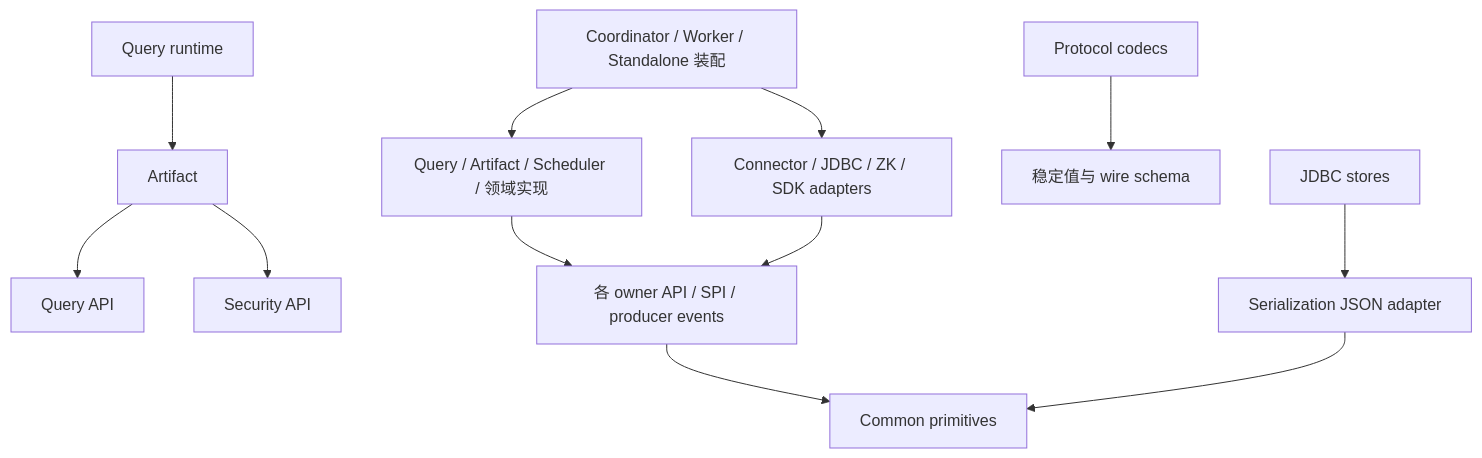
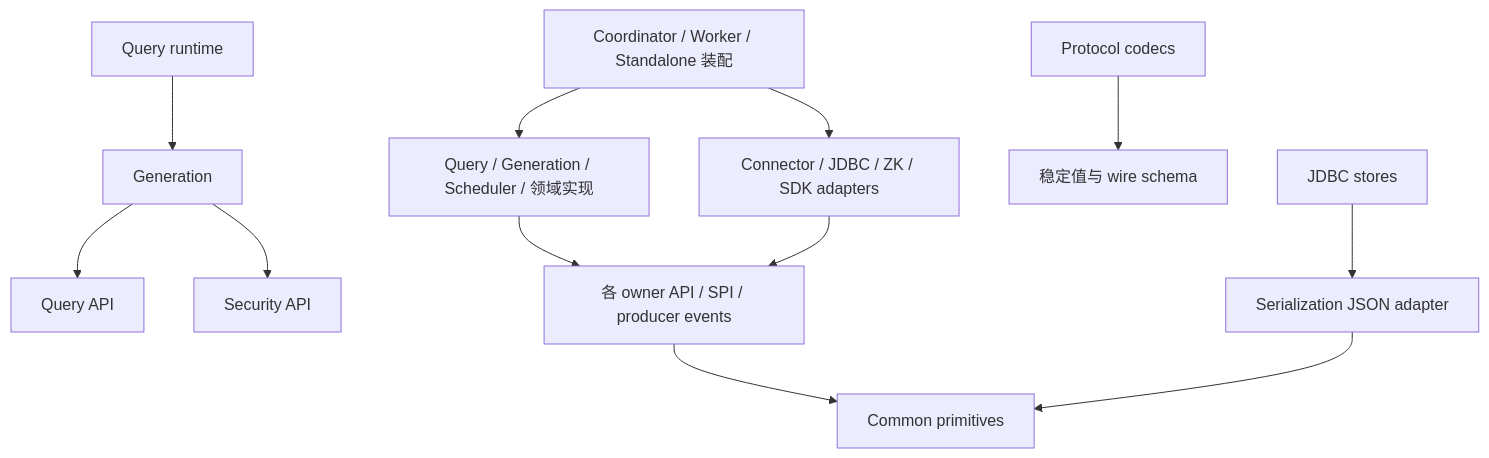
Before and after one commit to pangrova-io/pangrova: the diagram in docs/internal/project-structure-refactoring-plan.md, drawn with Mermaid. The commit also changed other lines of this file and 456 other files, not shown here.

````diff
--- a/docs/internal/project-structure-refactoring-plan.md
+++ b/docs/internal/project-structure-refactoring-plan.md
@@ -148,14 +151,14 @@
 ```mermaid
 flowchart TD
-  Assembly[Coordinator / Worker / Standalone 装配] --> Runtime[Query / Artifact / Scheduler / 领域实现]
+  Assembly[Coordinator / Worker / Standalone 装配] --> Runtime[Query / Generation / Scheduler / 领域实现]
   Assembly --> Providers[Connector / JDBC / ZK / SDK adapters]
   Runtime --> Contracts[各 owner API / SPI / producer events]
   Providers --> Contracts
-  Query[Query runtime] --> Artifact[Artifact]
-  Artifact --> QueryAPI[Query API]
-  Artifact --> SecurityAPI[Security API]
+  Query[Query runtime] --> Generation[Generation]
+  Generation --> QueryAPI[Query API]
+  Generation --> SecurityAPI[Security API]
   Protocol[Protocol codecs] --> Wire[稳定值与 wire schema]
   Json[Serialization JSON adapter] --> Common[Common primitives]
   Contracts --> Common
   Stores[JDBC stores] --> Json
 ```
````
